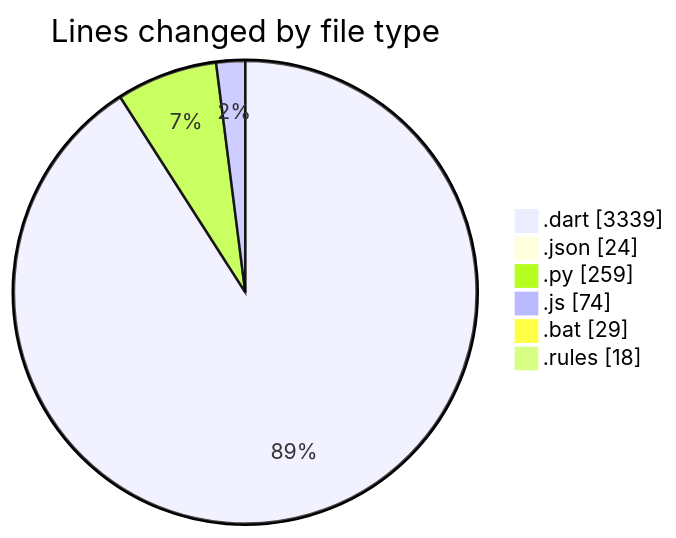
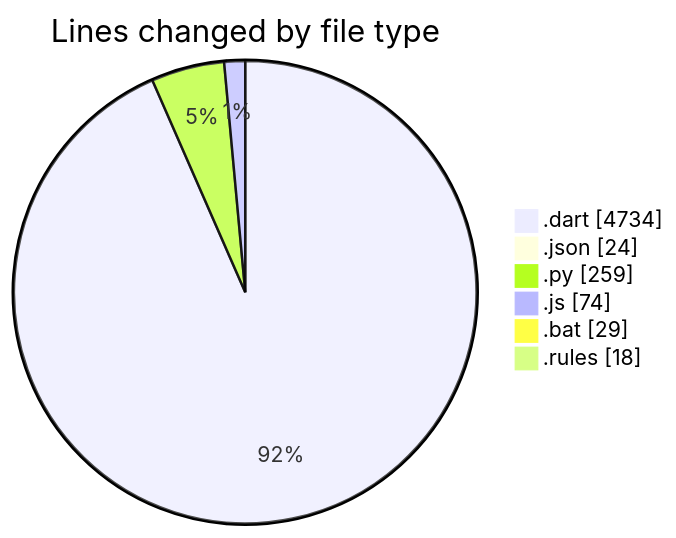
Before and after one commit to lephambinh05/code-tracking: the first of 2 diagrams in 2025-08-04/studybuddy/README.md, drawn with Mermaid. The commit also changed other lines of this file and 1 other file, not shown here.

````diff
--- a/2025-08-04/studybuddy/README.md
+++ b/2025-08-04/studybuddy/README.md
@@ -46,10 +51,10 @@
 ```mermaid
 pie showData
 title Lines changed by file type
-".dart" : 3339
+".dart" : 4734
 ".json" : 24
 ".py" : 259
 ".js" : 74
 ".bat" : 29
 ".rules" : 18
 ```
````
